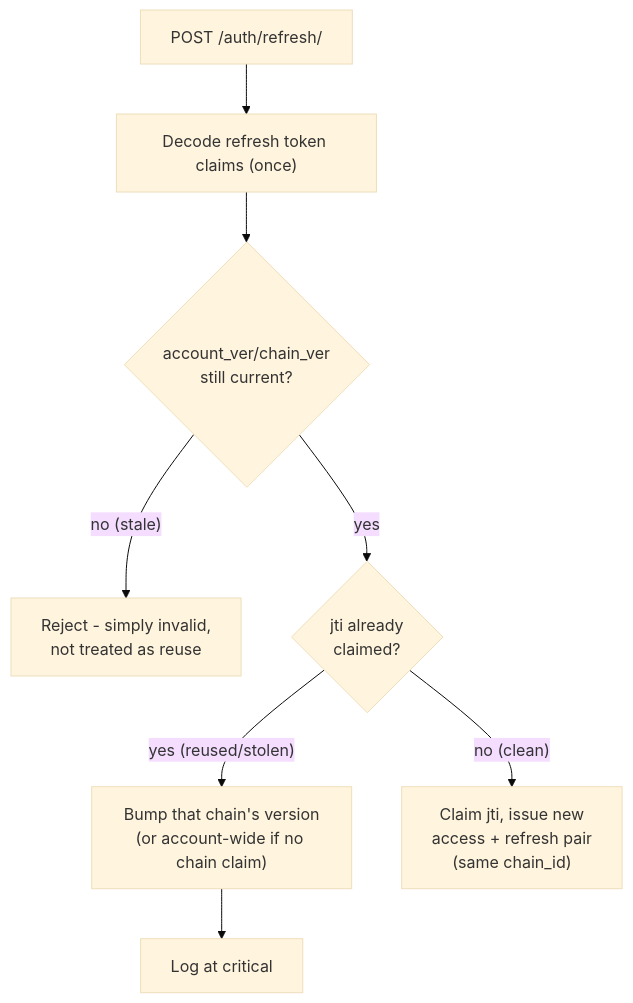
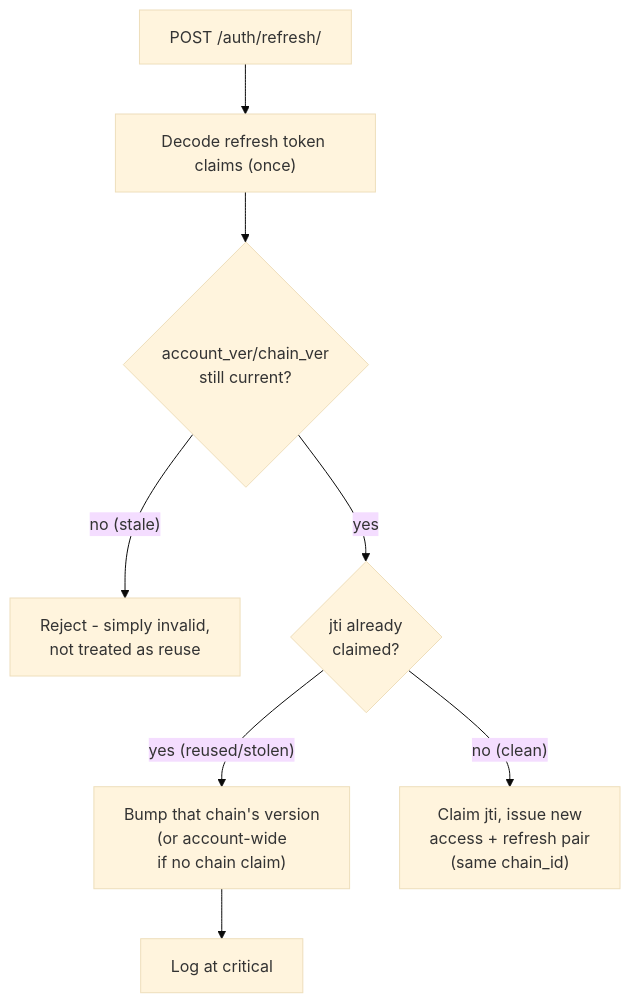
Before and after one commit to Nachiket-2024/mystic-auth: the diagram in docs/mystic_auth/authentication/overview.md, drawn with Mermaid (base theme). The commit also changed other lines of this file and 305 other files, not shown here.

````diff
--- a/docs/mystic_auth/authentication/overview.md
+++ b/docs/mystic_auth/authentication/overview.md
@@ -39,10 +41,10 @@
 ```mermaid
 flowchart TD
     A["POST /auth/refresh/"] --> B["Decode refresh token claims (once)"]
     B --> C{"account_ver/chain_ver<br/>still current?"}
     C -- "no (stale)" --> S["Reject - simply invalid,<br/>not treated as reuse"]
     C -- "yes" --> D{"jti already<br/>claimed?"}
-    D -- "yes (reused/stolen)" --> E["Bump that chain's version<br/>(or account-wide if no chain claim)"]
+    D -- "yes (reused/stolen)" --> E["Bump that chain's version<br/>(or account-wide<br/>if no chain claim)"]
     E --> F["Log at critical"]
     D -- "no (clean)" --> G["Claim jti, issue new<br/>access + refresh pair<br/>(same chain_id)"]
 ```
````
